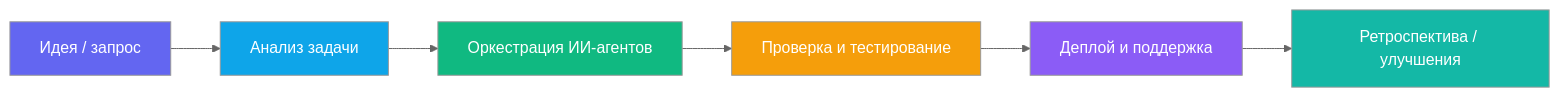
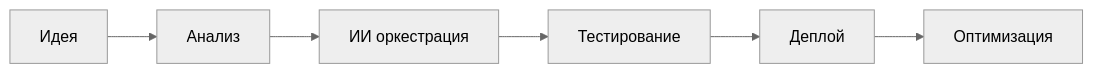
Before and after one commit to liperri/performance-review: the second of 4 diagrams in README.md, drawn with Mermaid (neutral theme). The commit also changed other lines of this file, not shown here.

````diff
--- a/README.md
+++ b/README.md
@@ -136,15 +54,8 @@
 ```mermaid
 flowchart LR
-    A[Идея / запрос] --> B[Анализ задачи]
-    B --> C[Оркестрация ИИ-агентов]
-    C --> D[Проверка и тестирование]
-    D --> E[Деплой и поддержка]
-    E --> F[Ретроспектива / улучшения]
-
-    style A fill:#6366f1,color:#fff
-    style B fill:#0ea5e9,color:#fff
-    style C fill:#10b981,color:#fff
-    style D fill:#f59e0b,color:#fff
-    style E fill:#8b5cf6,color:#fff
-    style F fill:#14b8a6,color:#fff
+    A[Идея] --> B[Анализ]
+    B --> C[ИИ оркестрация]
+    C --> D[Тестирование]
+    D --> E[Деплой]
+    E --> F[Оптимизация]
 ```
````
